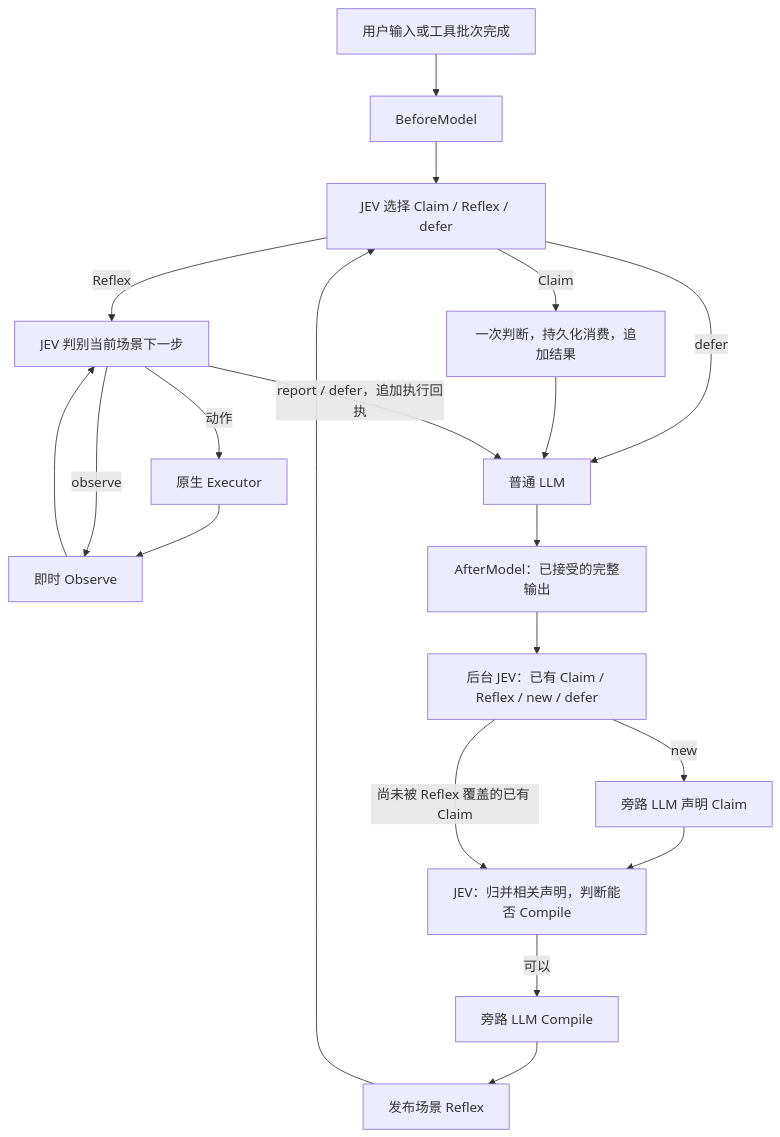
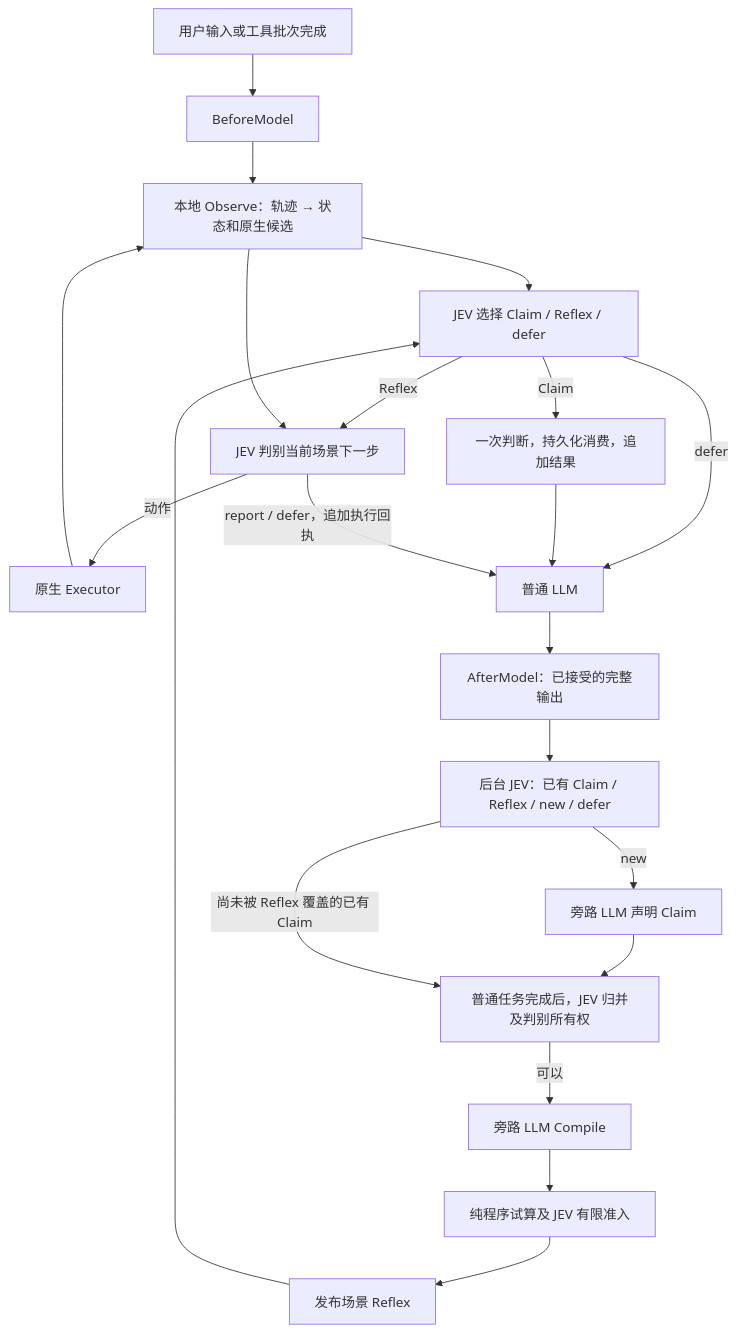
Before and after one commit to StAugustine/aiscan: the diagram in docs/jev-implementation-20260927.md, drawn with Mermaid. The commit also changed other lines of this file and 48 other files, not shown here.

````diff
--- a/docs/jev-implementation-20260927.md
+++ b/docs/jev-implementation-20260927.md
@@ -34,22 +44,23 @@
 ```mermaid
 flowchart TD
     A[用户输入或工具批次完成] --> B[BeforeModel]
-    B --> C[JEV 选择 Claim / Reflex / defer]
+    B --> O[本地 Observe：轨迹 → 状态和原生候选]
+    O --> C[JEV 选择 Claim / Reflex / defer]
     C -->|Claim| D[一次判断，持久化消费，追加结果]
     C -->|Reflex| E[JEV 判别当前场景下一步]
     E -->|动作| X[原生 Executor]
-    X --> O[即时 Observe]
-    E -->|observe| O
+    X --> O
     O --> E
     C -->|defer| L[普通 LLM]
     D --> L
     E -->|report / defer，追加执行回执| L
     L --> F[AfterModel：已接受的完整输出]
     F --> G[后台 JEV：已有 Claim / Reflex / new / defer]
     G -->|new| H[旁路 LLM 声明 Claim]
-    H --> I[JEV：归并相关声明，判断能否 Compile]
+    H --> I[普通任务完成后，JEV 归并及判别所有权]
     G -->|尚未被 Reflex 覆盖的已有 Claim| I
     I -->|可以| J[旁路 LLM Compile]
-    J --> K[发布场景 Reflex]
+    J --> V[纯程序试算及 JEV 有限准入]
+    V --> K[发布场景 Reflex]
     K --> C
 ```
````
